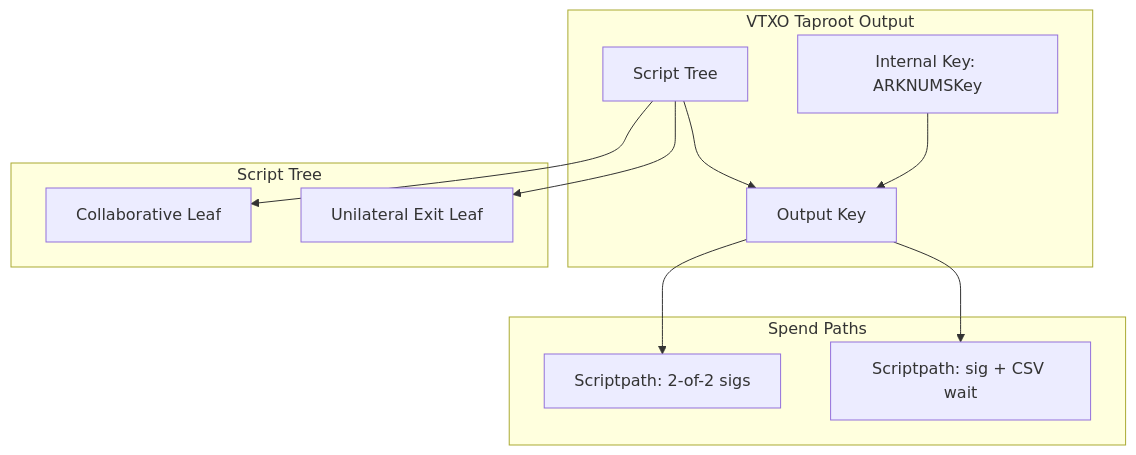
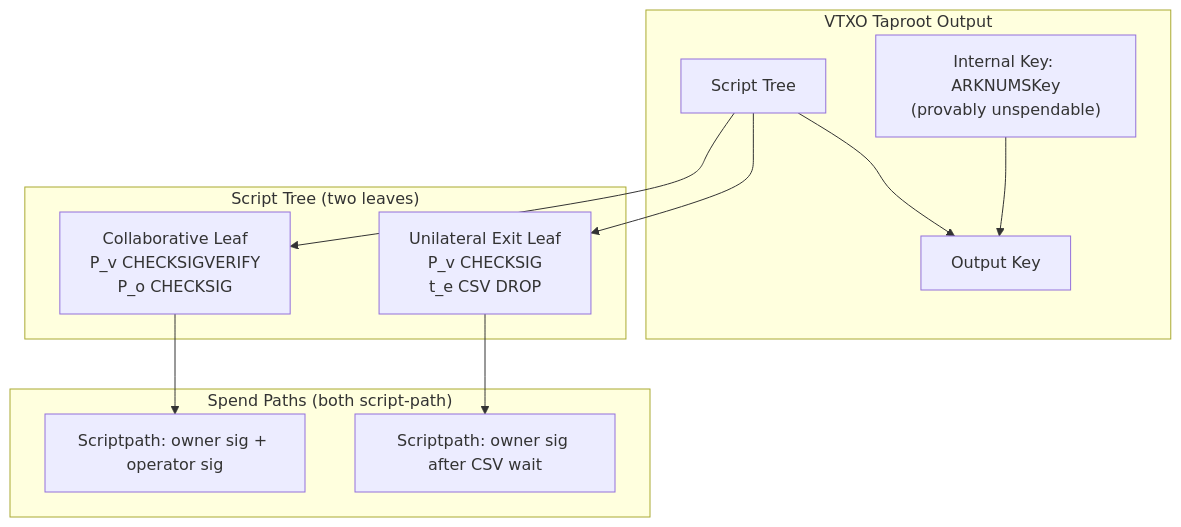
The first of 6 diagrams in docs/ark-specs/ARK-01-transactions.md (lightninglabs/wavelength), drawn with Mermaid before and after one commit. The commit also changed other lines of this file and 6 other files, not shown here.

````diff
--- a/docs/ark-specs/ARK-01-transactions.md
+++ b/docs/ark-specs/ARK-01-transactions.md
@@ -218,17 +239,17 @@
 ```mermaid
 graph TD
     subgraph "VTXO Taproot Output"
-        IK[Internal Key: ARKNUMSKey] --> OK[Output Key]
+        IK["Internal Key: ARKNUMSKey<br/>(provably unspendable)"] --> OK[Output Key]
         ST[Script Tree] --> OK
     end
 
-    subgraph "Script Tree"
-        ST --> CL[Collaborative Leaf]
-        ST --> UE[Unilateral Exit Leaf]
+    subgraph "Script Tree (two leaves)"
+        ST --> CL["Collaborative Leaf<br/>P_v CHECKSIGVERIFY<br/>P_o CHECKSIG"]
+        ST --> UE["Unilateral Exit Leaf<br/>P_v CHECKSIG<br/>t_e CSV DROP"]
     end
 
-    subgraph "Spend Paths"
-        OK --> SP1[Scriptpath: 2-of-2 sigs]
-        OK --> SP2[Scriptpath: sig + CSV wait]
+    subgraph "Spend Paths (both script-path)"
+        CL --> SP1["Scriptpath: owner sig + operator sig"]
+        UE --> SP2["Scriptpath: owner sig after CSV wait"]
     end
 ```
````
